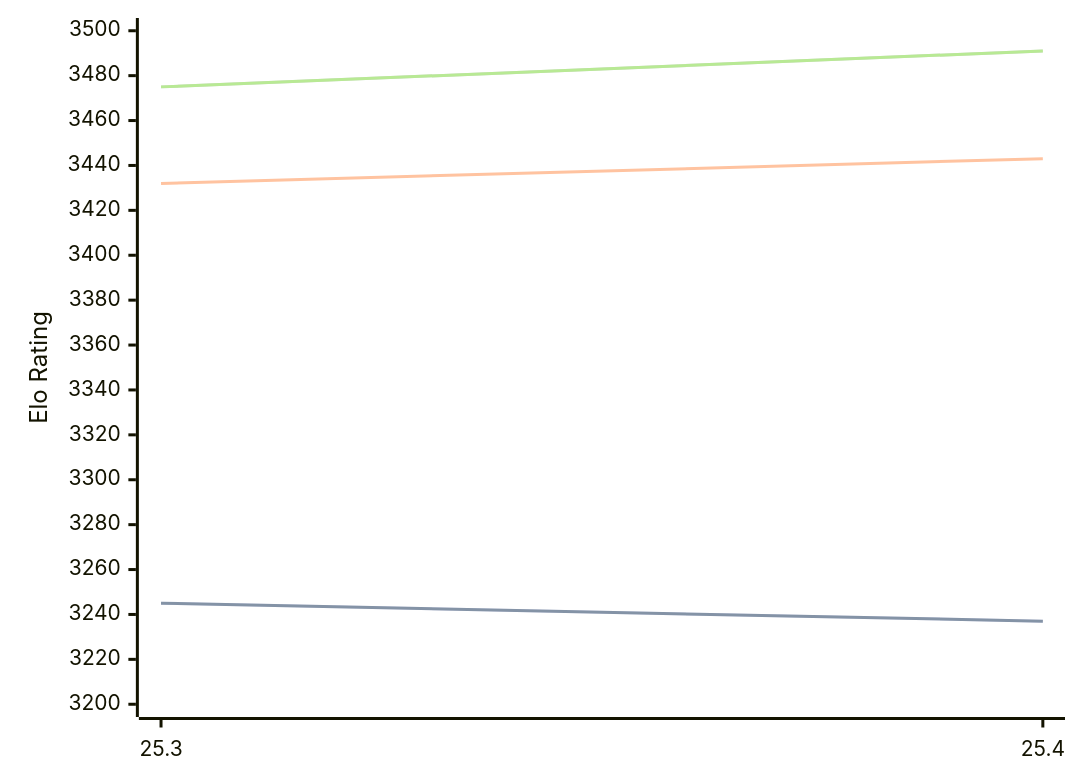
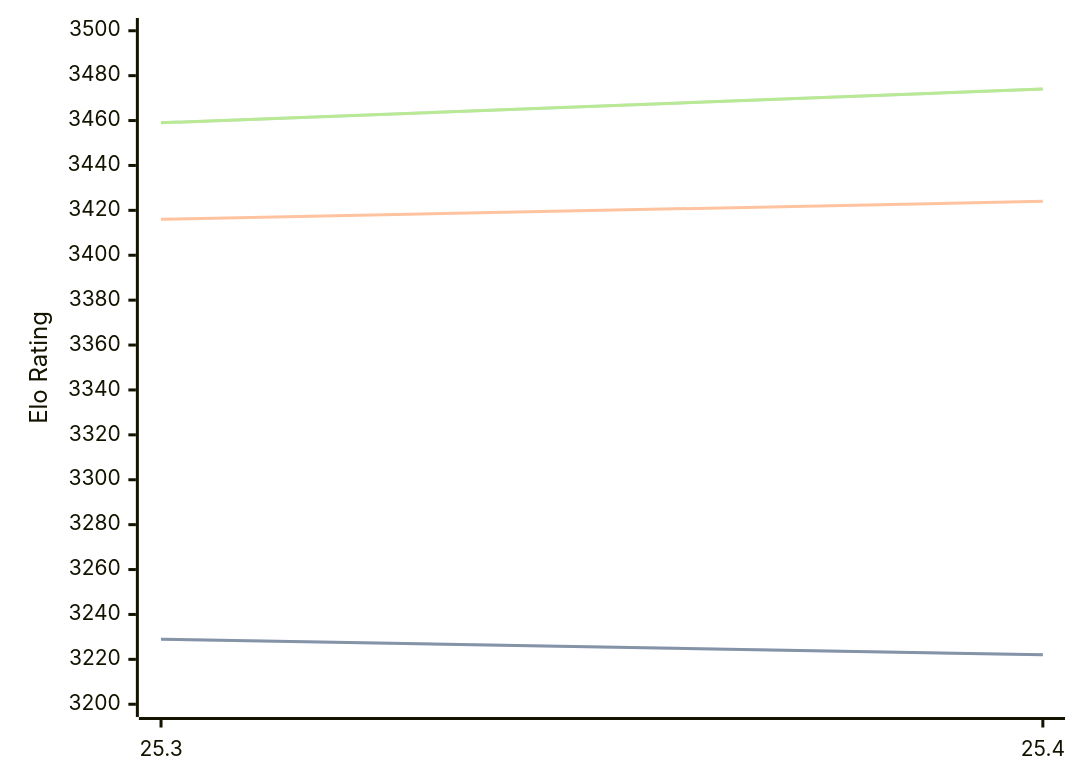
Before and after one commit to computer-chess-index/cci: the diagram in engines/Arasan.md, drawn with Mermaid. The commit also changed other lines of this file, not shown here.

Commit message:
Update CCI Ratings (ELO VLTC) - 2026-05-20

````diff
--- a/engines/Arasan.md
+++ b/engines/Arasan.md
@@ -33,11 +33,11 @@
 ```mermaid
 %%{init: {"theme":"base","themeVariables":{"seriesColors:['#a3a3a3','#222221','#faa371']}}}%%
 xychart-beta
   x-axis ["25.3", "25.4"]
   y-axis "Elo Rating" 3200 --> 3500
-  line "STC (8.0+0.08s)" [3245, 3237]
-  line "STC (8.0+0.08s)" [3245, 3237]
-  line "LTC (60.0+0.60s)" [3432, 3443]
-  line "VLTC (2m24s+1.12s)" [3475, 3491]
-  line "VLTC (2m24s+1.12s)" [3475, 3491]
+  line "STC (8.0+0.08s)" [3229, 3222]
+  line "STC (8.0+0.08s)" [3229, 3222]
+  line "LTC (60.0+0.60s)" [3416, 3424]
+  line "VLTC (2m24s+1.12s)" [3459, 3474]
+  line "VLTC (2m24s+1.12s)" [3459, 3474]
 ```
````
